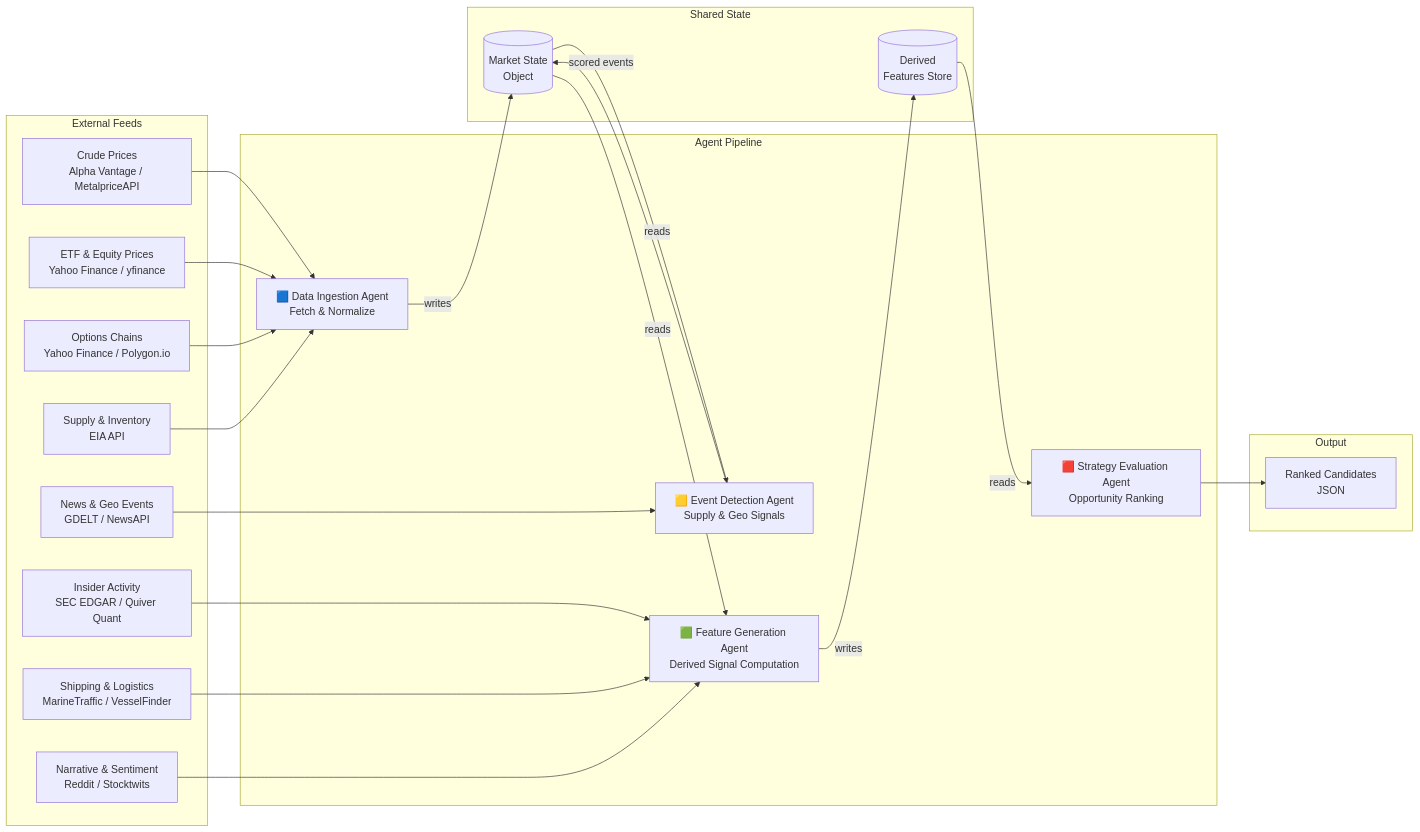
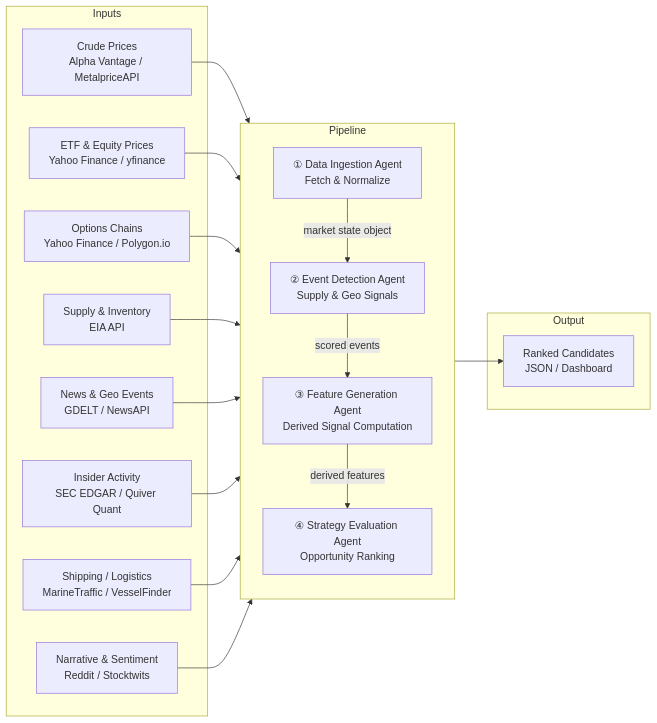
The diagram in docs/generated/user_guide_full-pipeline.md (jeisenback/golden_boy_peanuts), drawn with Mermaid before and after one commit. The commit also changed other lines of this file, not shown here.

````diff
--- a/docs/generated/user_guide_full-pipeline.md
+++ b/docs/generated/user_guide_full-pipeline.md
@@ -34,41 +25,34 @@
 ```mermaid
 flowchart LR
-    subgraph Feeds["External Feeds"]
-        F1[Crude Prices\nAlpha Vantage / MetalpriceAPI]
-        F2[ETF & Equity Prices\nYahoo Finance / yfinance]
-        F3[Options Chains\nYahoo Finance / Polygon.io]
-        F4[Supply & Inventory\nEIA API]
-        F5[News & Geo Events\nGDELT / NewsAPI]
-        F6[Insider Activity\nSEC EDGAR / Quiver Quant]
-        F7[Shipping & Logistics\nMarineTraffic / VesselFinder]
-        F8[Narrative & Sentiment\nReddit / Stocktwits]
+    subgraph Inputs
+        A1[Crude Prices\nAlpha Vantage / MetalpriceAPI]
+        A2[ETF & Equity Prices\nYahoo Finance / yfinance]
+        A3[Options Chains\nYahoo Finance / Polygon.io]
+        A4[Supply & Inventory\nEIA API]
+        A5[News & Geo Events\nGDELT / NewsAPI]
+        A6[Insider Activity\nSEC EDGAR / Quiver Quant]
+        A7[Shipping / Logistics\nMarineTraffic / VesselFinder]
+        A8[Narrative & Sentiment\nReddit / Stocktwits]
     end
 
-    subgraph Pipeline["Agent Pipeline"]
-        A1["🟦 Data Ingestion Agent\nFetch & Normalize"]
-        A2["🟨 Event Detection Agent\nSupply & Geo Signals"]
-        A3["🟩 Feature Generation Agent\nDerived Signal Computation"]
-        A4["🟥 Strategy Evaluation Agent\nOpportunity Ranking"]
+    subgraph Pipeline
+        direction TB
+        P1["① Data Ingestion Agent\nFetch & Normalize"]
+        P2["② Event Detection Agent\nSupply & Geo Signals"]
+        P3["③ Feature Generation Agent\nDerived Signal Computation"]
+        P4["④ Strategy Evaluation Agent\nOpportunity Ranking"]
     end
 
-    subgraph Store["Shared State"]
-        MS[(Market State\nObject)]
-        FS[(Derived\nFeatures Store)]
+    subgraph Output
+        O1[Ranked Candidates\nJSON / Dashboard]
     end
 
-    subgraph Output["Output"]
-        JSON[Ranked Candidates\nJSON]
-    end
+    A1 & A2 & A3 --> P1
+    A4 & A5      --> P1
+    A6 & A7 & A8 --> P1
 
-    F1 & F2 & F3 & F4 --> A1
-    F5 --> A2
-    F6 & F7 & F8 --> A3
-
-    A1 -->|writes| MS
-    MS -->|reads| A2
-    A2 -->|scored events| MS
-    MS -->|reads| A3
-    A3 -->|writes| FS
-    FS -->|reads| A4
-    A4 --> JSON
+    P1 -->|market state object| P2
+    P2 -->|scored events| P3
+    P3 -->|derived features| P4
+    P4 --> O1
 ```
````
